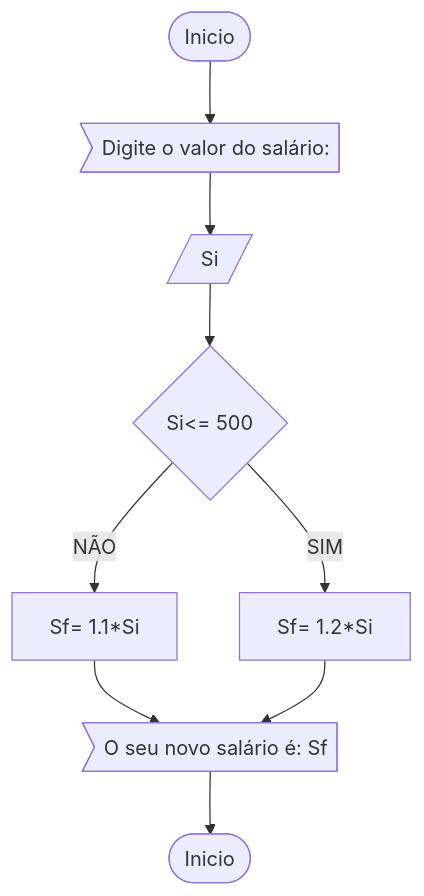
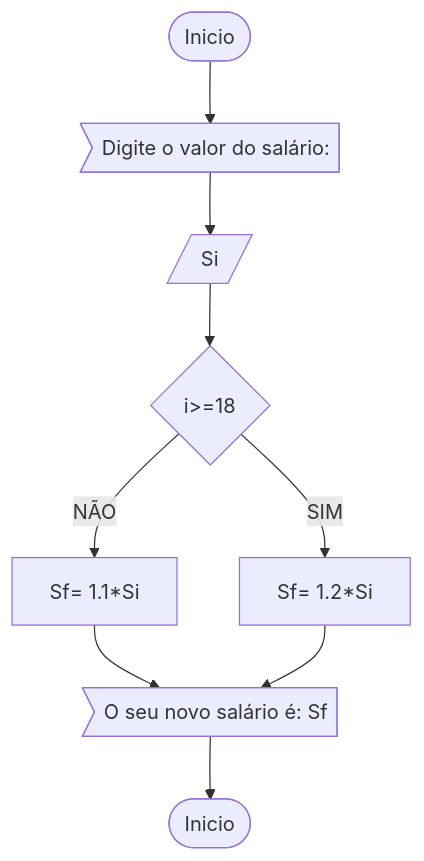
Before and after one commit to angelomendonca0601/unifor: the first of 3 diagrams in RLA/lista1.md, drawn with Mermaid.

````diff
--- a/RLA/lista1.md
+++ b/RLA/lista1.md
@@ -9,11 +9,11 @@
 ```mermaid
 flowchart TD
  id1([Inicio]) --> id2>Digite o valor do salário:]
  id2 --> id3[/Si/]
- id3 --> id4{Si<= 500}
- id4 -- NÃO --> id5[Sf= 1.1*Si]
- id4 -- SIM --> id6[Sf= 1.2*Si]
+ id3 --> idif{i>=18}
+ idif -- NÃO --> id5[Sf= 1.1*Si]
+ idif -- SIM --> id6[Sf= 1.2*Si]
  id5 --> id7>O seu novo salário é: Sf]
  id6 --> id7
  id7 -->id8([Inicio])
 ```
````
